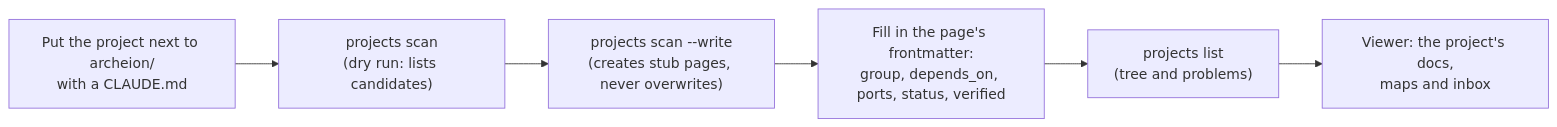
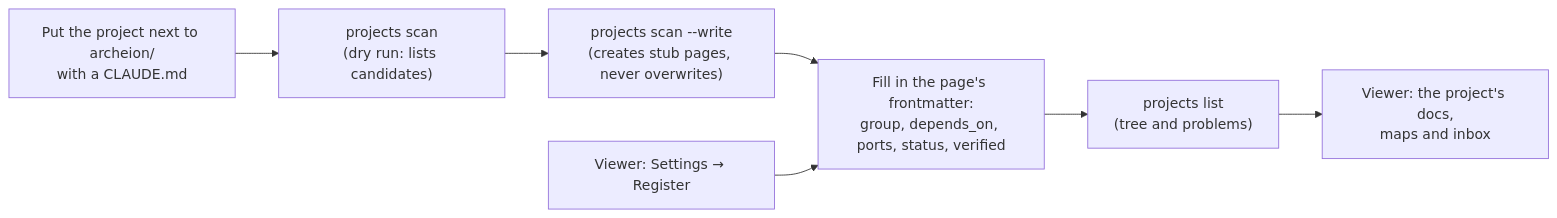
One commit to Aricato15/Archeion changed the third of 4 diagrams in README.md. Above: the diagram before and after it, drawn with Mermaid. The commit also changed other lines of this file and 11 other files, not shown here.

````diff
--- a/README.md
+++ b/README.md
@@ -103,8 +103,9 @@
 ```mermaid
 flowchart LR
   A["Put the project next to archeion/<br/>with a CLAUDE.md"] --> B["projects scan<br/>(dry run: lists candidates)"]
   B --> C["projects scan --write<br/>(creates stub pages, never overwrites)"]
   C --> D["Fill in the page's frontmatter:<br/>group, depends_on, ports, status, verified"]
+  B2["Viewer: Settings → Register"] --> D
   D --> E["projects list<br/>(tree and problems)"]
   E --> F["Viewer: the project's docs,<br/>maps and inbox"]
 ```
````
